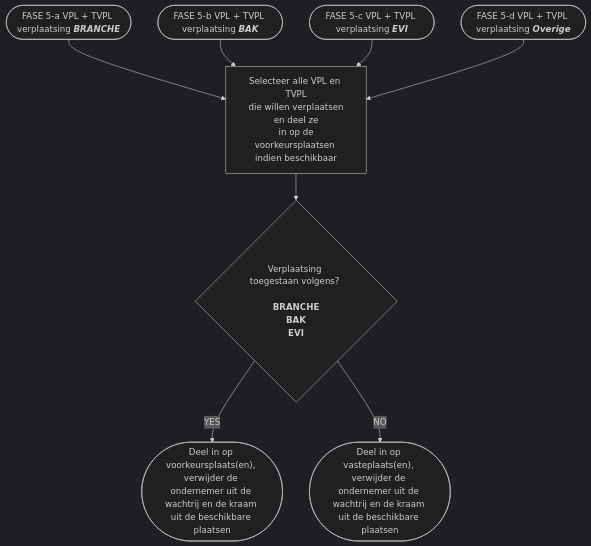
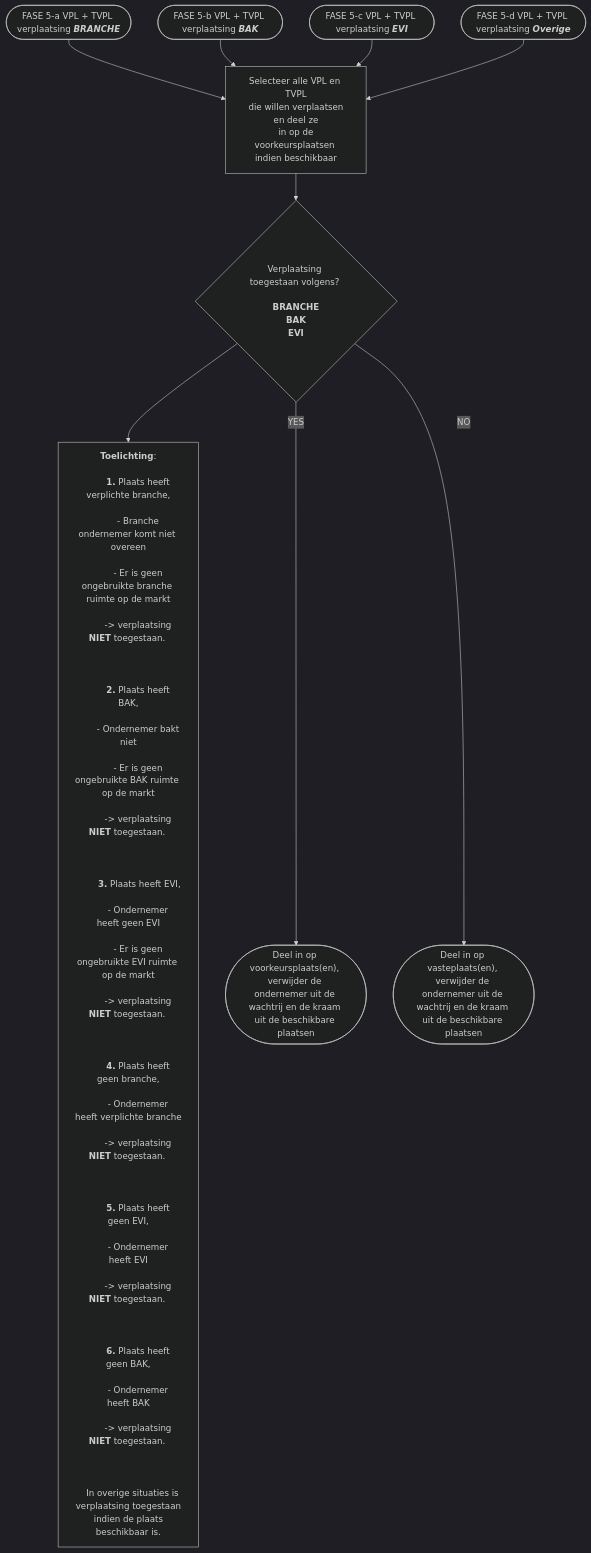
Before and after one commit to Amsterdam/makkelijkemarkt-allocation: the diagram in diagrams/src/fase_5.mmd, drawn with Mermaid (dark theme). The commit also changed other lines of this file, not shown here.

Commit message:
added explanation to diagram phase 5

```diff
--- a/diagrams/src/fase_5.mmd
+++ b/diagrams/src/fase_5.mmd
@@ -1,12 +1,46 @@
 graph TD
     A([FASE 5-a VPL + TVPL verplaatsing <b><i>BRANCHE</i></b>]) -->
     B[Selecteer alle VPL en TVPL<br> die willen verplaatsen en deel ze<br> in op de voorkeursplaatsen indien beschikbaar] -->
-    C{"Verplaatsing toegestaan volgens? <b><br><br>BRANCHE<br>BAK<br>EVI</b>"}
+    C{"Verplaatsing toegestaan volgens? <b><br><br>BRANCHE<br>BAK<br>EVI</b>"} --> NOTE
     C --YES--> D(["Deel in op voorkeursplaats(en), <br>verwijder de ondernemer uit de wachtrij en de kraam uit de beschikbare plaatsen"])
     C --NO--> E(["Deel in op vasteplaats(en), <br>verwijder de ondernemer uit de wachtrij en de kraam uit de beschikbare plaatsen"])
 
     A1([FASE 5-b VPL + TVPL verplaatsing <b><i>BAK</i></b>]) --> B
     
     A2([FASE 5-c VPL + TVPL verplaatsing <b><i>EVI</i></b>]) --> B
     
     A3([FASE 5-d VPL + TVPL verplaatsing <b><i>Overige</i></b>]) --> B
+
+
+    NOTE["
+    <b>Toelichting</b>:<br> 
+        <b>1.</b> Plaats heeft verplichte branche,<br>
+        - Branche ondernemer komt niet overeen<br>
+        - Er is geen ongebruikte branche ruimte op de markt<br>
+        -> verplaatsing <b>NIET</b> toegestaan. <br><br>
+
+        <b>2.</b> Plaats heeft BAK,<br>
+        - Ondernemer bakt niet<br>
+        - Er is geen ongebruikte BAK ruimte op de markt<br>
+        -> verplaatsing <b>NIET</b> toegestaan. <br><br>
+
+        <b>3.</b> Plaats heeft EVI,<br>
+        - Ondernemer heeft geen EVI<br>
+        - Er is geen ongebruikte EVI ruimte op de markt<br>
+        -> verplaatsing <b>NIET</b> toegestaan. <br><br>
+
+        <b>4.</b> Plaats heeft geen branche,<br>
+        - Ondernemer heeft verplichte branche<br>
+        -> verplaatsing <b>NIET</b> toegestaan. <br><br>
+
+        <b>5.</b> Plaats heeft geen EVI,<br>
+        - Ondernemer heeft EVI<br>
+        -> verplaatsing <b>NIET</b> toegestaan. <br><br>
+
+        <b>6.</b> Plaats heeft geen BAK,<br>
+        - Ondernemer heeft BAK<br>
+        -> verplaatsing <b>NIET</b> toegestaan. <br><br>
+
+    In overige situaties is verplaatsing toegestaan<br> indien de plaats beschikbaar is.
+
+    "]
```
